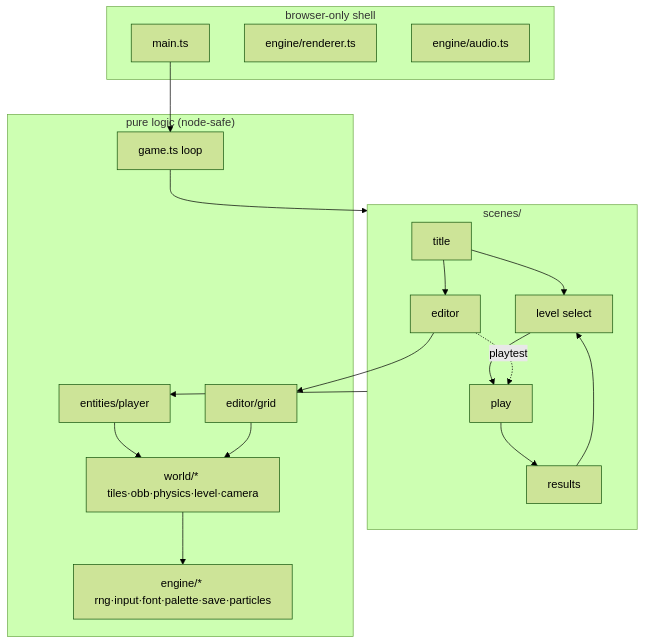
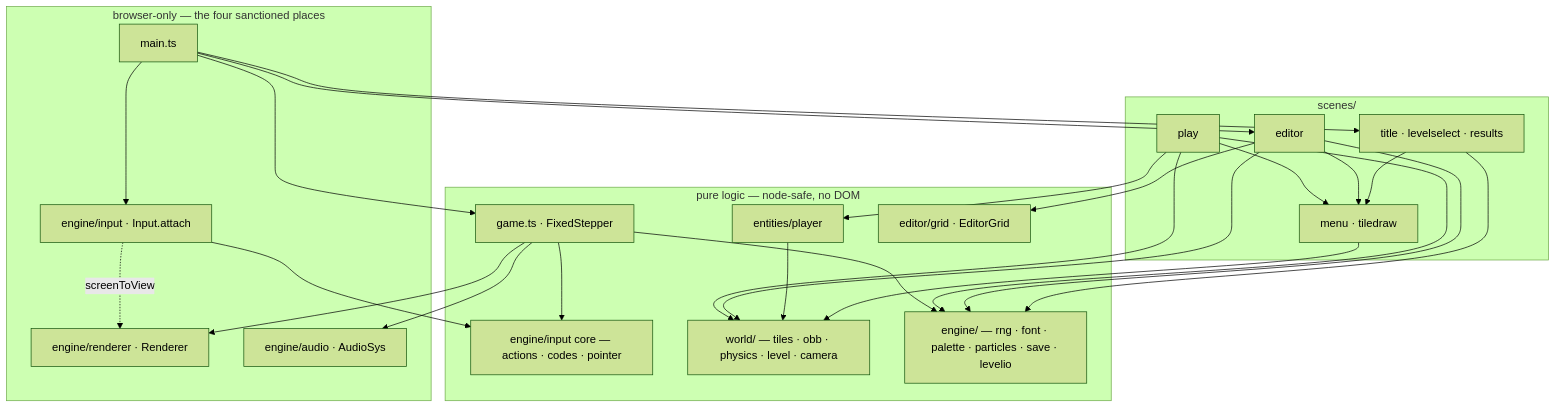
One commit to CalciteDragon/its-never-just-black-and-white changed the diagram in docs/ARCHITECTURE.md. Above: the diagram before and after it, drawn with Mermaid (forest theme). The commit also changed other lines of this file and 34 other files, not shown here.

First line of the commit message:
feat: phase 7 — editor & shell

````diff
--- a/docs/ARCHITECTURE.md
+++ b/docs/ARCHITECTURE.md
@@ -9,26 +9,48 @@
 ```mermaid
 graph TD
-  subgraph browser["browser-only shell"]
-    MAIN[main.ts]
-    REN[engine/renderer.ts]
-    AUD[engine/audio.ts]
+  subgraph browser["browser-only — the four sanctioned places"]
+    MAIN["main.ts"]
+    REN["engine/renderer · Renderer"]
+    AUD["engine/audio · AudioSys"]
+    ATT["engine/input · Input.attach"]
   end
+
   subgraph scenes["scenes/"]
-    TITLE[title] --> SELECT[level select]
-    SELECT --> PLAY[play]
-    PLAY --> RESULTS[results]
-    RESULTS --> SELECT
-    TITLE --> EDIT[editor]
-    EDIT -.playtest.-> PLAY
+    PLAY["play"]
+    EDIT["editor"]
+    SHELL["title · levelselect · results"]
+    SHARED["menu · tiledraw"]
   end
-  subgraph logic["pure logic (node-safe)"]
-    GAME[game.ts loop]
-    PLAYER[entities/player]
-    WORLD[world/* tiles·obb·physics·level·camera]
-    GRID[editor/grid]
-    ENG[engine/* rng·input·font·palette·save·particles]
+
+  subgraph logic["pure logic — node-safe, no DOM"]
+    GAME["game.ts · FixedStepper"]
+    CORE["engine/input core — actions · codes · pointer"]
+    PLAYER["entities/player"]
+    WORLD["world/ — tiles · obb · physics · level · camera"]
+    GRID["editor/grid · EditorGrid"]
+    ENG["engine/ — rng · font · palette · particles · save · levelio"]
   end
-  MAIN --> GAME --> scenes
-  scenes --> PLAYER --> WORLD --> ENG
-  EDIT --> GRID --> WORLD
+
+  MAIN --> GAME
+  MAIN --> ATT
+  MAIN --> SHELL
+  MAIN --> EDIT
+  GAME --> CORE
+  GAME --> REN
+  GAME --> AUD
+  GAME --> ENG
+  ATT --> CORE
+  ATT -. screenToView .-> REN
+  PLAY --> PLAYER
+  PLAY --> WORLD
+  PLAY --> SHARED
+  PLAY --> ENG
+  EDIT --> GRID
+  EDIT --> WORLD
+  EDIT --> ENG
+  EDIT --> SHARED
+  SHELL --> SHARED
+  SHELL --> ENG
+  PLAYER --> WORLD
+  SHARED --> WORLD
 ```
````
